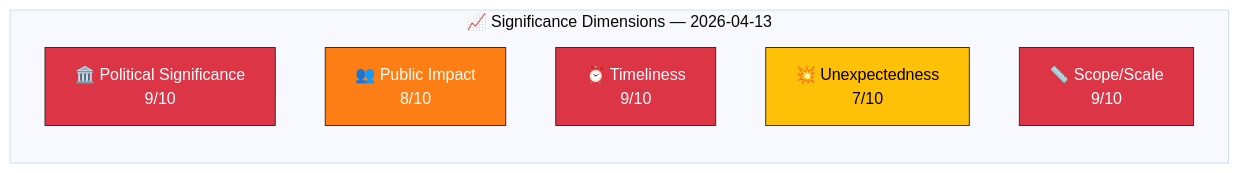
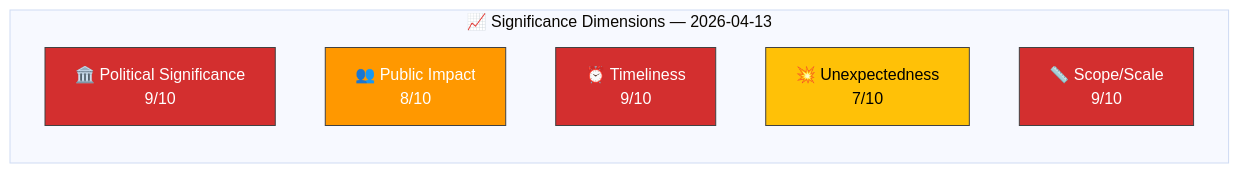
Before and after one commit to Hack23/riksdagsmonitor: the diagram in analysis/daily/2026-04-13/evening-analysis-2/significance-scoring.md, drawn with Mermaid (base theme). The commit also changed 785 other files, not shown here.

First line of the commit message:
Normalize mermaid colors across 786 analysis artifacts to ISMS Style Guide palette

````diff
--- a/analysis/daily/2026-04-13/evening-analysis-2/significance-scoring.md
+++ b/analysis/daily/2026-04-13/evening-analysis-2/significance-scoring.md
@@ -17,15 +17,15 @@
 ```mermaid
 graph LR
     subgraph "📈 Significance Dimensions — 2026-04-13"
         PS["🏛️ Political Significance<br/>9/10"]
         PI["👥 Public Impact<br/>8/10"]
         TI["⏰ Timeliness<br/>9/10"]
         UN["💥 Unexpectedness<br/>7/10"]
         SC["📏 Scope/Scale<br/>9/10"]
     end
-    style PS fill:#dc3545,stroke:#333,color:#fff
-    style PI fill:#fd7e14,stroke:#333,color:#fff
-    style TI fill:#dc3545,stroke:#333,color:#fff
-    style UN fill:#ffc107,stroke:#333,color:#000
-    style SC fill:#dc3545,stroke:#333,color:#fff
+    style PS fill:#D32F2F,stroke:#424242,color:#FFFFFF
+    style PI fill:#FF9800,stroke:#424242,color:#FFFFFF
+    style TI fill:#D32F2F,stroke:#424242,color:#FFFFFF
+    style UN fill:#FFC107,stroke:#424242,color:#000000
+    style SC fill:#D32F2F,stroke:#424242,color:#FFFFFF
 ```
````
